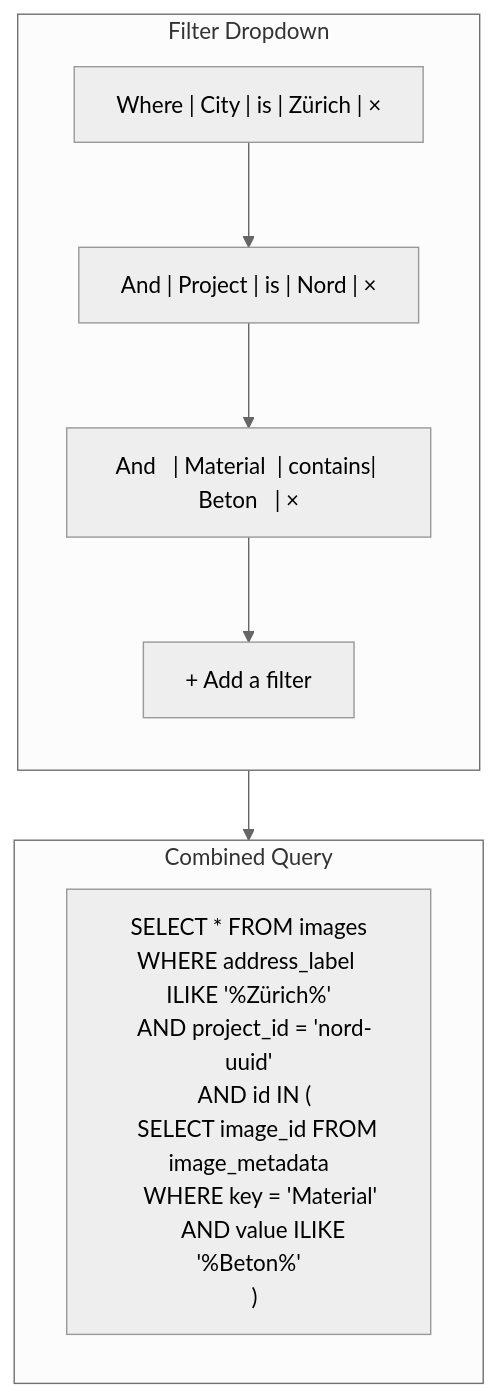
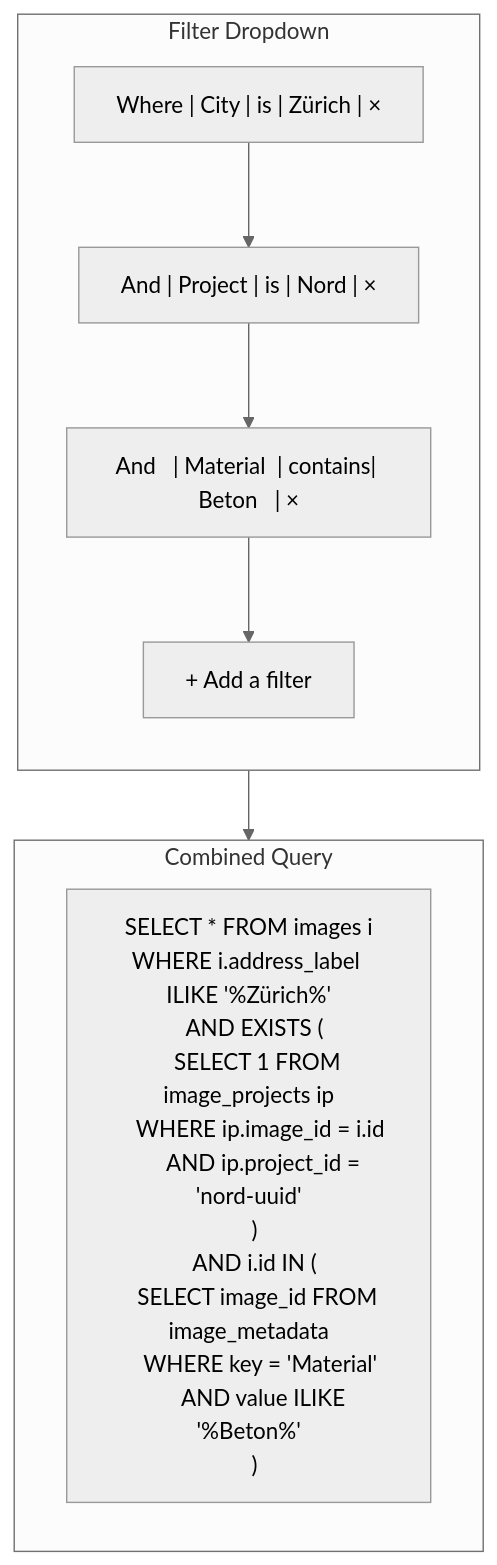
The fourth of 8 diagrams in docs/element-specs/filter-dropdown.md (matkleve/feldpost), drawn with Mermaid (neutral theme) before and after one commit. The commit also changed 28 other files, not shown here.

First line of the commit message:
feat: implement multi-project membership for images

````diff
--- a/docs/element-specs/filter-dropdown.md
+++ b/docs/element-specs/filter-dropdown.md
@@ -204,19 +204,19 @@
 ```mermaid
 flowchart TD
     subgraph FilterDropdown["Filter Dropdown"]
         direction TB
 
         R1["Where | City      | is      | Zürich  | ×"]
         R2["And   | Project   | is      | Nord    | ×"]
         R3["And   | Material  | contains| Beton   | ×"]
         Add["+ Add a filter"]
 
         R1 --> R2 --> R3 --> Add
     end
 
     subgraph Result["Combined Query"]
-        Q["SELECT * FROM images\nWHERE address_label ILIKE '%Zürich%'\n  AND project_id = 'nord-uuid'\n  AND id IN (\n    SELECT image_id FROM image_metadata\n    WHERE key = 'Material'\n      AND value ILIKE '%Beton%'\n  )"]
+        Q["SELECT * FROM images i\nWHERE i.address_label ILIKE '%Zürich%'\n  AND EXISTS (\n    SELECT 1 FROM image_projects ip\n    WHERE ip.image_id = i.id\n      AND ip.project_id = 'nord-uuid'\n  )\n  AND i.id IN (\n    SELECT image_id FROM image_metadata\n    WHERE key = 'Material'\n      AND value ILIKE '%Beton%'\n  )"]
     end
 
     FilterDropdown --> Result
 ```
````
